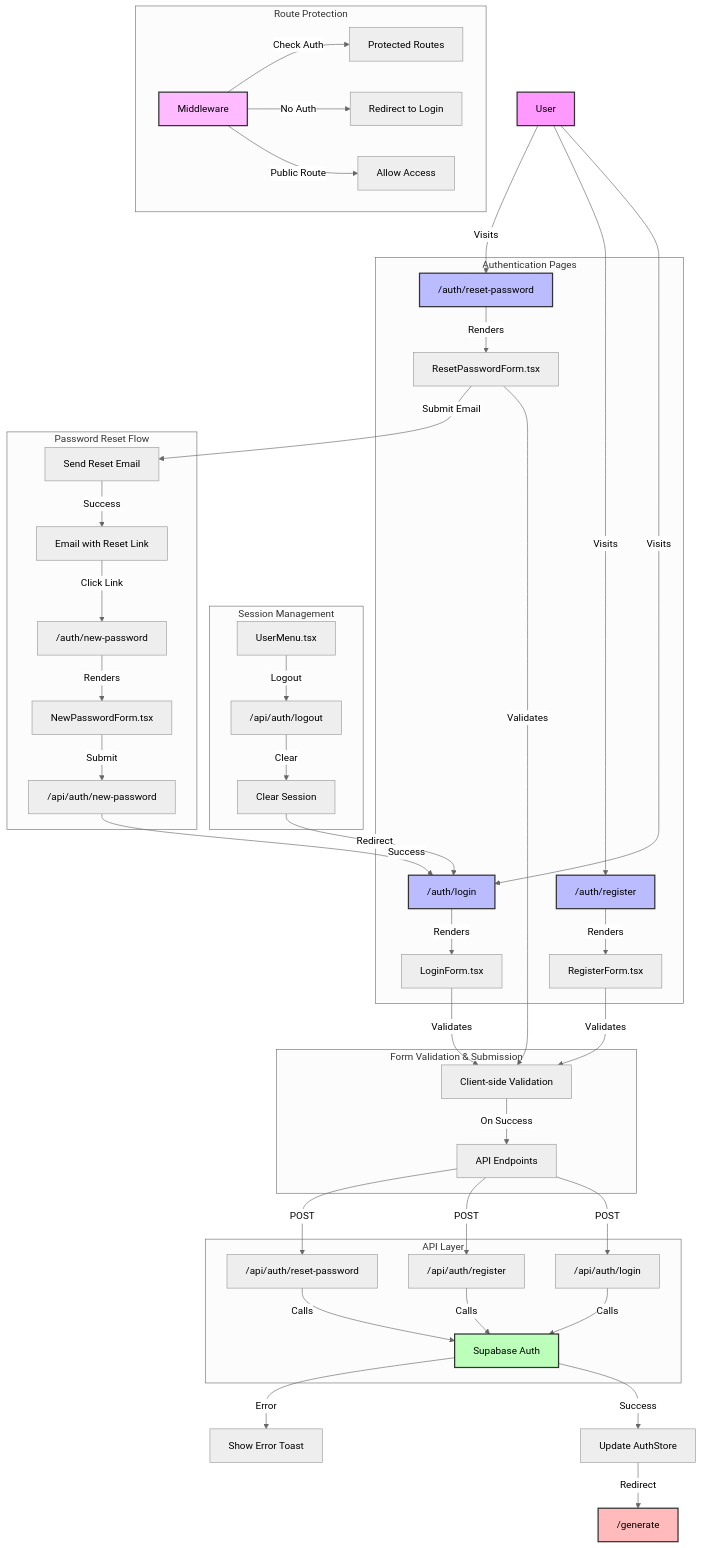
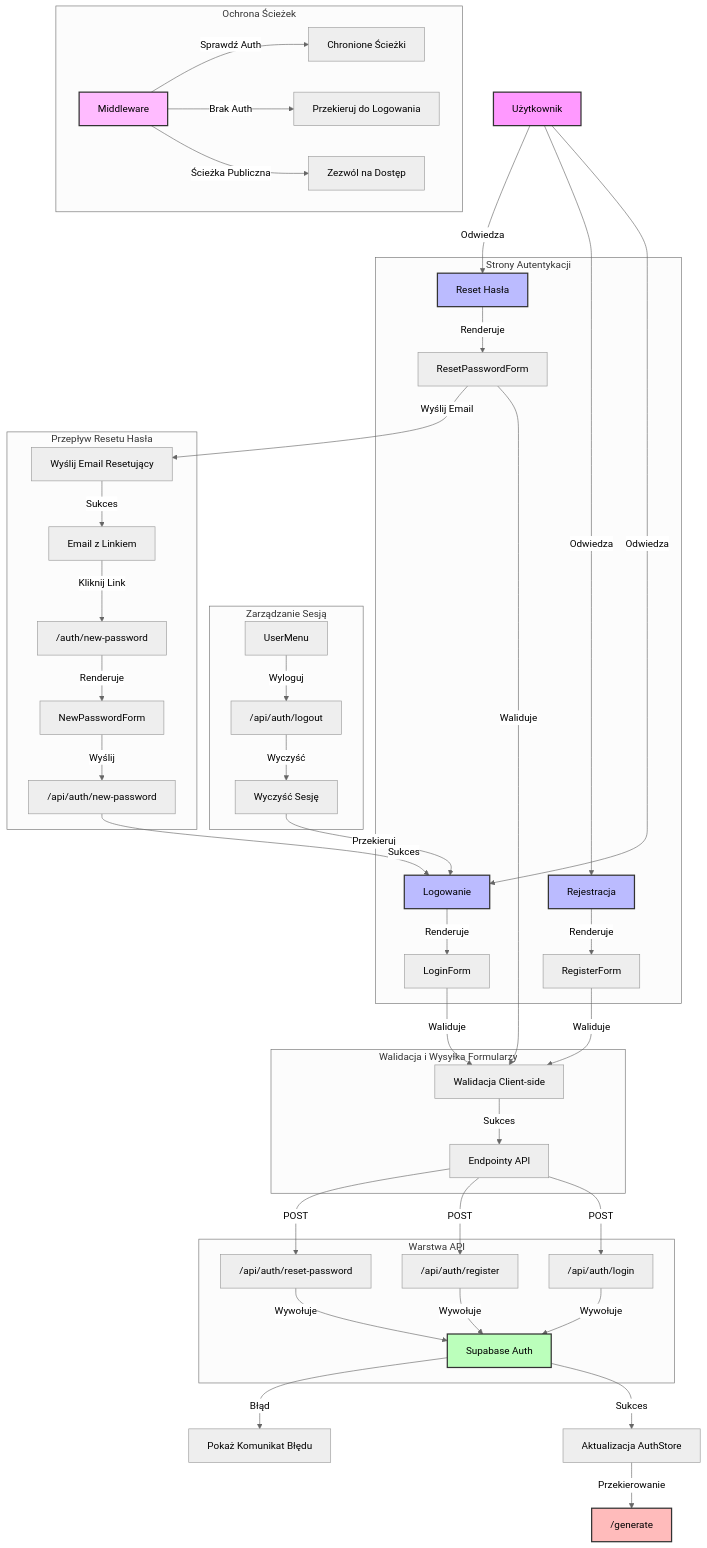
Before and after one commit to ProgTom00/Flashcards: the diagram in .ai/diagrams/ui.mmd, drawn with Mermaid (neutral theme).

Commit message:
fix ui diagram

````diff
--- a/.ai/diagrams/ui.mmd
+++ b/.ai/diagrams/ui.mmd
@@ -1,73 +1,70 @@
-```mermaid
-graph TD
-    %% User Entry Points
-    A[User] -->|Visits| B["/auth/login"]
-    A -->|Visits| C["/auth/register"]
-    A -->|Visits| D["/auth/reset-password"]
-    
-    %% Authentication Pages
-    subgraph "Authentication Pages"
-        B -->|Renders| E["LoginForm.tsx"]
-        C -->|Renders| F["RegisterForm.tsx"]
-        D -->|Renders| G["ResetPasswordForm.tsx"]
-    end
-    
-    %% Form Components
-    subgraph "Form Validation & Submission"
-        E -->|Validates| H["Client-side Validation"]
-        F -->|Validates| H
-        G -->|Validates| H
-        
-        H -->|On Success| I["API Endpoints"]
-    end
-    
-    %% API Layer
-    subgraph "API Layer"
-        I -->|POST| J["/api/auth/login"]
-        I -->|POST| K["/api/auth/register"]
-        I -->|POST| L["/api/auth/reset-password"]
-        
-        J -->|Calls| M["Supabase Auth"]
-        K -->|Calls| M
-        L -->|Calls| M
-    end
-    
-    %% Authentication Results
-    M -->|Success| N["Update AuthStore"]
-    M -->|Error| O["Show Error Toast"]
-    
-    %% Post-Authentication Flow
-    N -->|Redirect| P["/generate"]
-    
-    %% Protected Routes
-    subgraph "Route Protection"
-        Q["Middleware"] -->|Check Auth| R["Protected Routes"]
-        Q -->|No Auth| S["Redirect to Login"]
-        Q -->|Public Route| T["Allow Access"]
-    end
-    
-    %% User Session Management
-    subgraph "Session Management"
-        U["UserMenu.tsx"] -->|Logout| V["/api/auth/logout"]
-        V -->|Clear| W["Clear Session"]
-        W -->|Redirect| B
-    end
-    
-    %% Password Reset Flow
-    subgraph "Password Reset Flow"
-        G -->|Submit Email| X["Send Reset Email"]
-        X -->|Success| Y["Email with Reset Link"]
-        Y -->|Click Link| Z["/auth/new-password"]
-        Z -->|Renders| AA["NewPasswordForm.tsx"]
-        AA -->|Submit| BB["/api/auth/new-password"]
-        BB -->|Success| B
+flowchart TD
+    %% Style definitions
+    classDef userNode fill:#f9f,stroke:#333,stroke-width:2px
+    classDef pageNode fill:#bbf,stroke:#333,stroke-width:2px
+    classDef authNode fill:#bfb,stroke:#333,stroke-width:2px
+    classDef redirectNode fill:#fbb,stroke:#333,stroke-width:2px
+    classDef middlewareNode fill:#fbf,stroke:#333,stroke-width:2px
+
+    %% Punkty wejścia użytkownika
+    U[Użytkownik]:::userNode
+    U -->|Odwiedza| L["Logowanie"]
+    U -->|Odwiedza| R["Rejestracja"]
+    U -->|Odwiedza| P["Reset Hasła"]
+
+    %% Strony Autentykacji
+    subgraph "Strony Autentykacji"
+        L:::pageNode -->|Renderuje| LF["LoginForm"]
+        R:::pageNode -->|Renderuje| RF["RegisterForm"]
+        P:::pageNode -->|Renderuje| PF["ResetPasswordForm"]
     end
 
-    style A fill:#f9f,stroke:#333,stroke-width:2px
-    style B fill:#bbf,stroke:#333,stroke-width:2px
-    style C fill:#bbf,stroke:#333,stroke-width:2px
-    style D fill:#bbf,stroke:#333,stroke-width:2px
-    style M fill:#bfb,stroke:#333,stroke-width:2px
-    style P fill:#fbb,stroke:#333,stroke-width:2px
-    style Q fill:#fbf,stroke:#333,stroke-width:2px
-``` 
+    %% Komponenty Formularzy
+    subgraph "Walidacja i Wysyłka Formularzy"
+        LF -->|Waliduje| V["Walidacja Client-side"]
+        RF -->|Waliduje| V
+        PF -->|Waliduje| V
+        V -->|Sukces| API["Endpointy API"]
+    end
+
+    %% Warstwa API
+    subgraph "Warstwa API"
+        API -->|POST| AL["/api/auth/login"]
+        API -->|POST| AR["/api/auth/register"]
+        API -->|POST| AP["/api/auth/reset-password"]
+        
+        AL -->|Wywołuje| AUTH["Supabase Auth"]:::authNode
+        AR -->|Wywołuje| AUTH
+        AP -->|Wywołuje| AUTH
+    end
+
+    %% Rezultaty Autentykacji
+    AUTH -->|Sukces| AS["Aktualizacja AuthStore"]
+    AUTH -->|Błąd| AE["Pokaż Komunikat Błędu"]
+
+    %% Przepływ po Autentykacji
+    AS -->|Przekierowanie| GEN["/generate"]:::redirectNode
+
+    %% Ochrona Ścieżek
+    subgraph "Ochrona Ścieżek"
+        MID["Middleware"]:::middlewareNode -->|Sprawdź Auth| PR["Chronione Ścieżki"]
+        MID -->|Brak Auth| RL["Przekieruj do Logowania"]
+        MID -->|Ścieżka Publiczna| PA["Zezwól na Dostęp"]
+    end
+
+    %% Zarządzanie Sesją
+    subgraph "Zarządzanie Sesją"
+        UM["UserMenu"] -->|Wyloguj| LO["/api/auth/logout"]
+        LO -->|Wyczyść| CS["Wyczyść Sesję"]
+        CS -->|Przekieruj| L
+    end
+
+    %% Przepływ Resetu Hasła
+    subgraph "Przepływ Resetu Hasła"
+        PF -->|Wyślij Email| SE["Wyślij Email Resetujący"]
+        SE -->|Sukces| EM["Email z Linkiem"]
+        EM -->|Kliknij Link| NP["/auth/new-password"]
+        NP -->|Renderuje| NPF["NewPasswordForm"]
+        NPF -->|Wyślij| ANP["/api/auth/new-password"]
+        ANP -->|Sukces| L
+    end 
````
